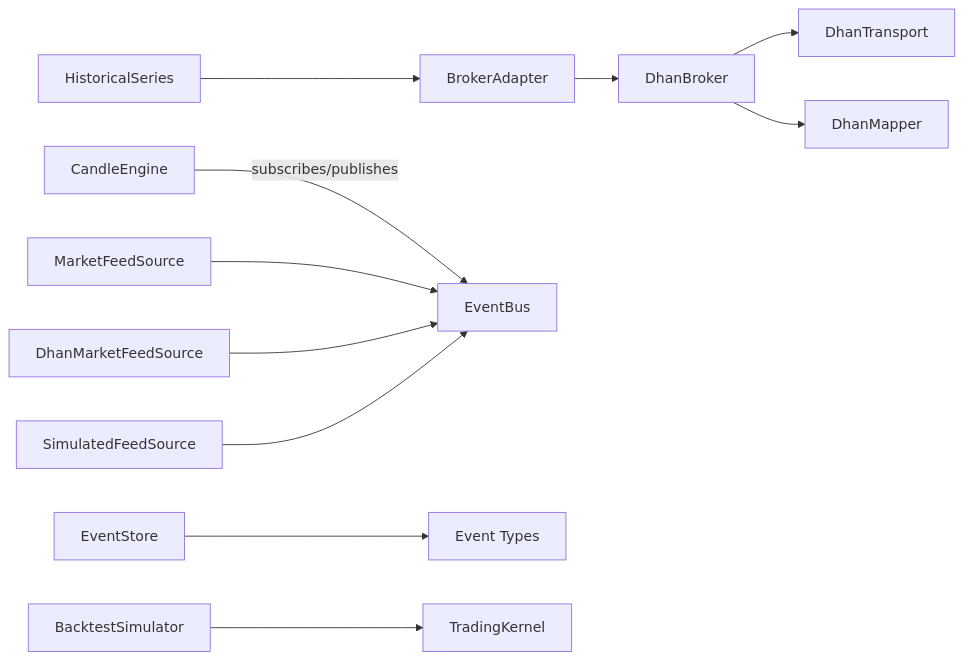
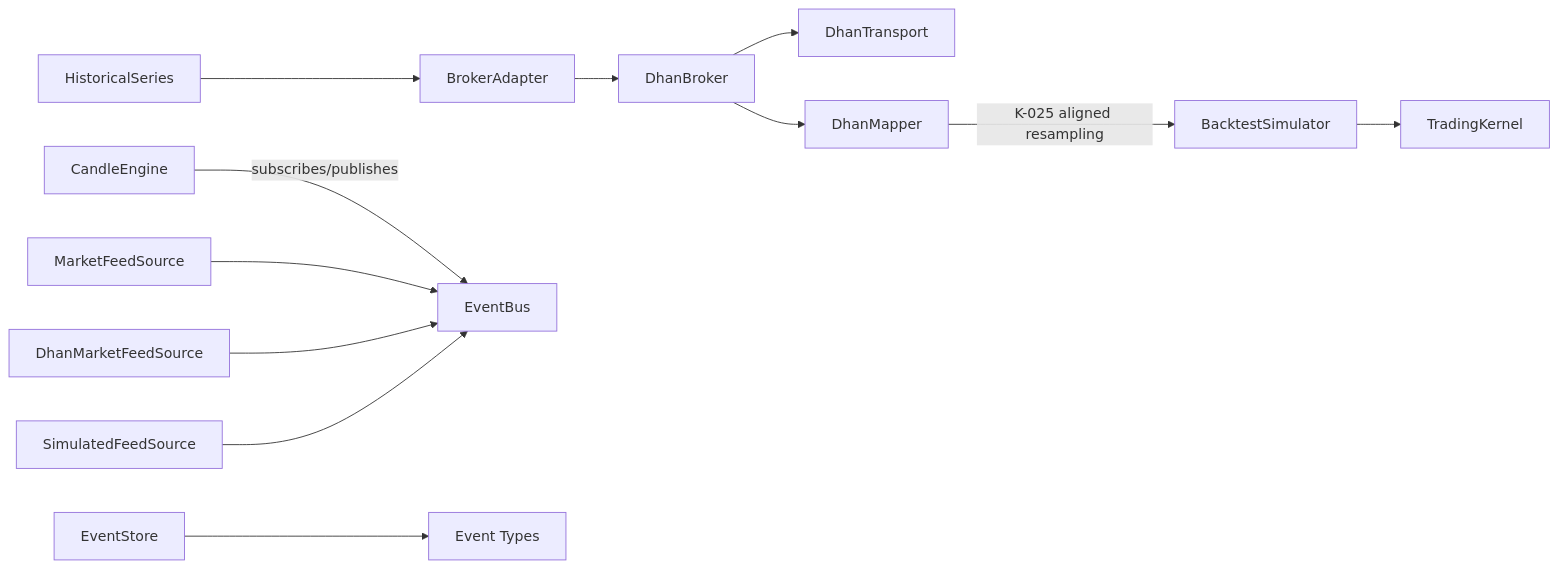
One commit to Ganesh-Kusundal/nTrade changed diagram 11 of 11 in .qoder/repowiki/en/content/Market Data/Historical Data.md. Above: the diagram before and after it, drawn with Mermaid. The commit also changed other lines of this file and 203 other files, not shown here.

````diff
--- a/.qoder/repowiki/en/content/Market Data/Historical Data.md
+++ b/.qoder/repowiki/en/content/Market Data/Historical Data.md
@@ -329,13 +405,14 @@
 ```mermaid
 graph LR
 HS["HistoricalSeries"] --> BA["BrokerAdapter"]
 BA --> DB["DhanBroker"]
 DB --> DT["DhanTransport"]
 DB --> DM["DhanMapper"]
 CE["CandleEngine"] --> |"subscribes/publishes"| BUS["EventBus"]
 MFS["MarketFeedSource"] --> BUS
 DFS["DhanMarketFeedSource"] --> BUS
 SFS["SimulatedFeedSource"] --> BUS
 ES["EventStore"] --> EVT["Event Types"]
 BS["BacktestSimulator"] --> TK["TradingKernel"]
+DM --> |"K-025 aligned resampling"| BS
 ```
````
